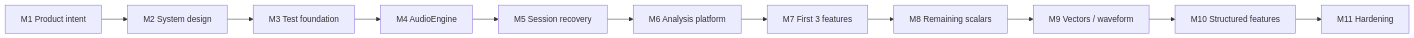
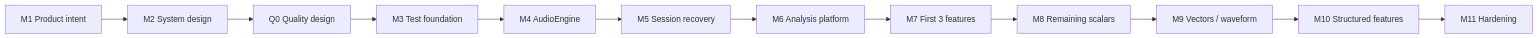
The diagram in docs/delivery/execution-plan.md (OoffofononeoZ/AudioNotSurfYet), drawn with Mermaid before and after one commit. The commit also changed other lines of this file and 6 other files, not shown here.

````diff
--- a/docs/delivery/execution-plan.md
+++ b/docs/delivery/execution-plan.md
@@ -25,13 +25,14 @@
 ```mermaid
 flowchart LR
     M1["M1 Product intent"] --> M2["M2 System design"]
-    M2 --> M3["M3 Test foundation"]
+    M2 --> Q0["Q0 Quality design"]
+    Q0 --> M3["M3 Test foundation"]
     M3 --> M4["M4 AudioEngine"]
     M4 --> M5["M5 Session recovery"]
     M5 --> M6["M6 Analysis platform"]
     M6 --> M7["M7 First 3 features"]
     M7 --> M8["M8 Remaining scalars"]
     M8 --> M9["M9 Vectors / waveform"]
     M9 --> M10["M10 Structured features"]
     M10 --> M11["M11 Hardening"]
 ```
````
